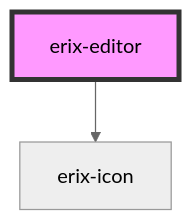
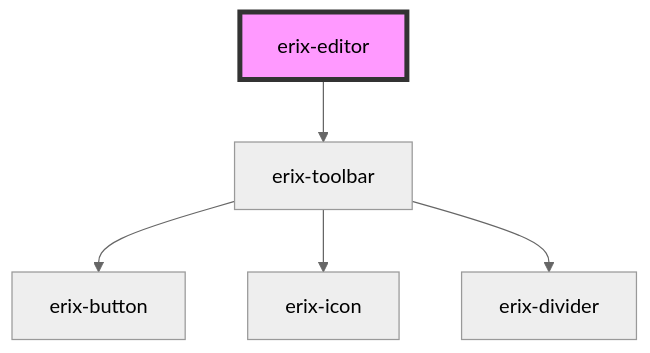
The diagram in src/components/erix-editor/readme.md (NopeThisIsShini/erix_editor), drawn with Mermaid (neutral theme) before and after one commit. The commit also changed other lines of this file and 27 other files, not shown here.

````diff
--- a/src/components/erix-editor/readme.md
+++ b/src/components/erix-editor/readme.md
@@ -20,5 +21,8 @@
 ```mermaid
 graph TD;
-  erix-editor --> erix-icon
+  erix-editor --> erix-toolbar
+  erix-toolbar --> erix-button
+  erix-toolbar --> erix-icon
+  erix-toolbar --> erix-divider
   style erix-editor fill:#f9f,stroke:#333,stroke-width:4px
 ```
````
